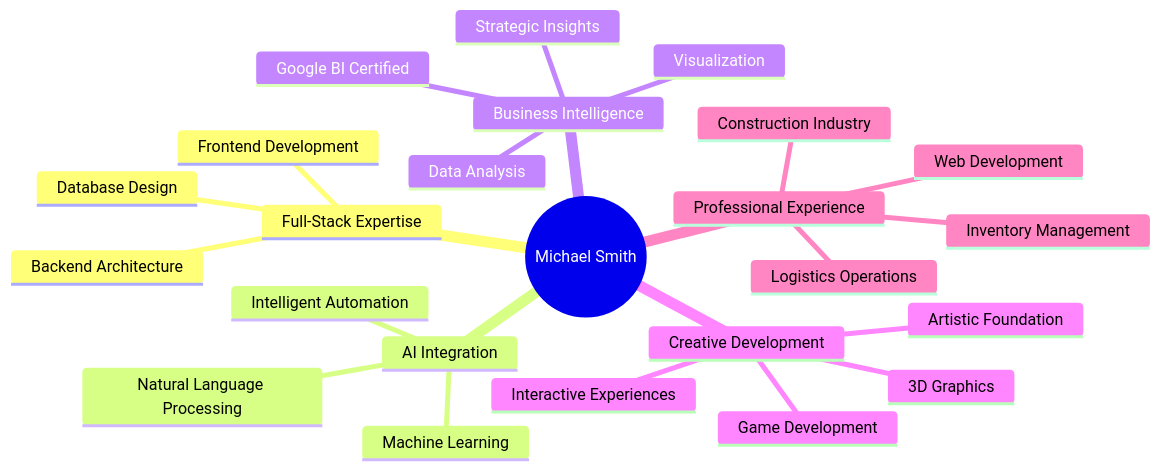
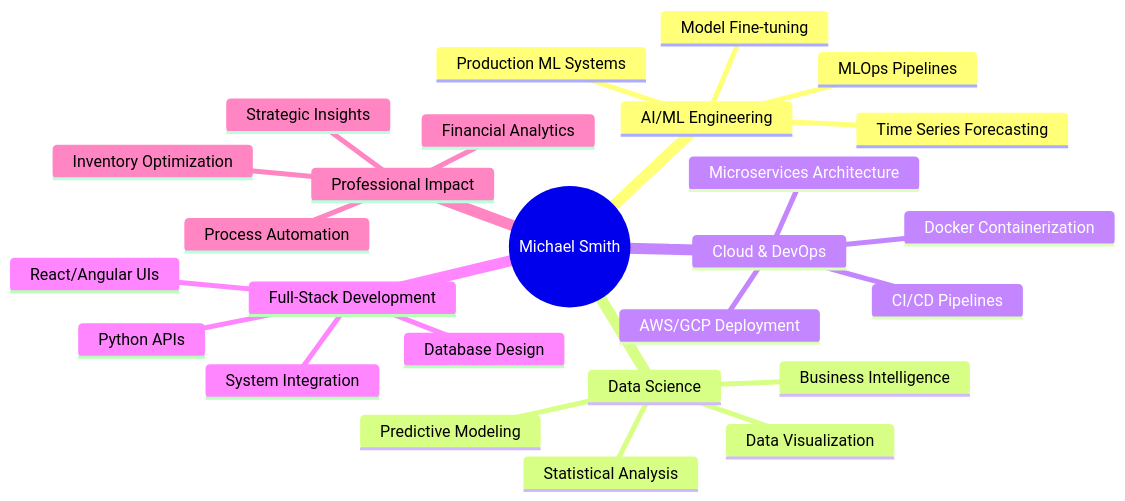
One commit to MSMITH71910/MSMITH71910 changed the diagram in README.md. Above: the diagram before and after it, drawn with Mermaid. The commit also changed other lines of this file, not shown here.

````diff
--- a/README.md
+++ b/README.md
@@ -291,27 +386,29 @@
 ```mermaid
 mindmap
   root((Michael Smith))
-    Full-Stack Expertise
-      Frontend Development
-      Backend Architecture
+    AI/ML Engineering
+      Production ML Systems
+      Model Fine-tuning
+      MLOps Pipelines
+      Time Series Forecasting
+    Data Science
+      Statistical Analysis
+      Predictive Modeling
+      Business Intelligence
+      Data Visualization
+    Cloud & DevOps
+      Docker Containerization
+      AWS/GCP Deployment
+      CI/CD Pipelines
+      Microservices Architecture
+    Full-Stack Development
+      Python APIs
+      React/Angular UIs
       Database Design
-    AI Integration
-      Machine Learning
-      Natural Language Processing
-      Intelligent Automation
-    Business Intelligence
-      Google BI Certified
-      Data Analysis
-      Visualization
+      System Integration
+    Professional Impact
+      Financial Analytics
+      Inventory Optimization
+      Process Automation
       Strategic Insights
-    Creative Development
-      Game Development
-      3D Graphics
-      Interactive Experiences
-      Artistic Foundation
-    Professional Experience
-      Web Development
-      Inventory Management
-      Logistics Operations
-      Construction Industry
 ```
````
